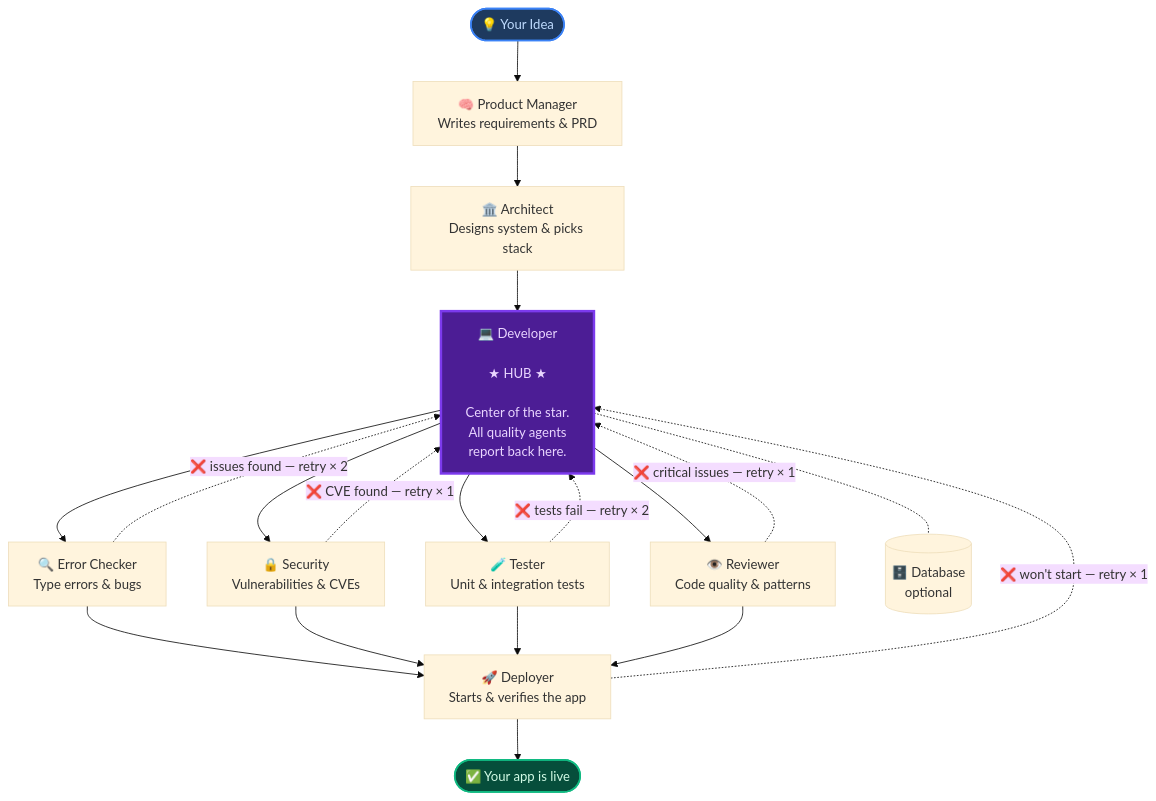
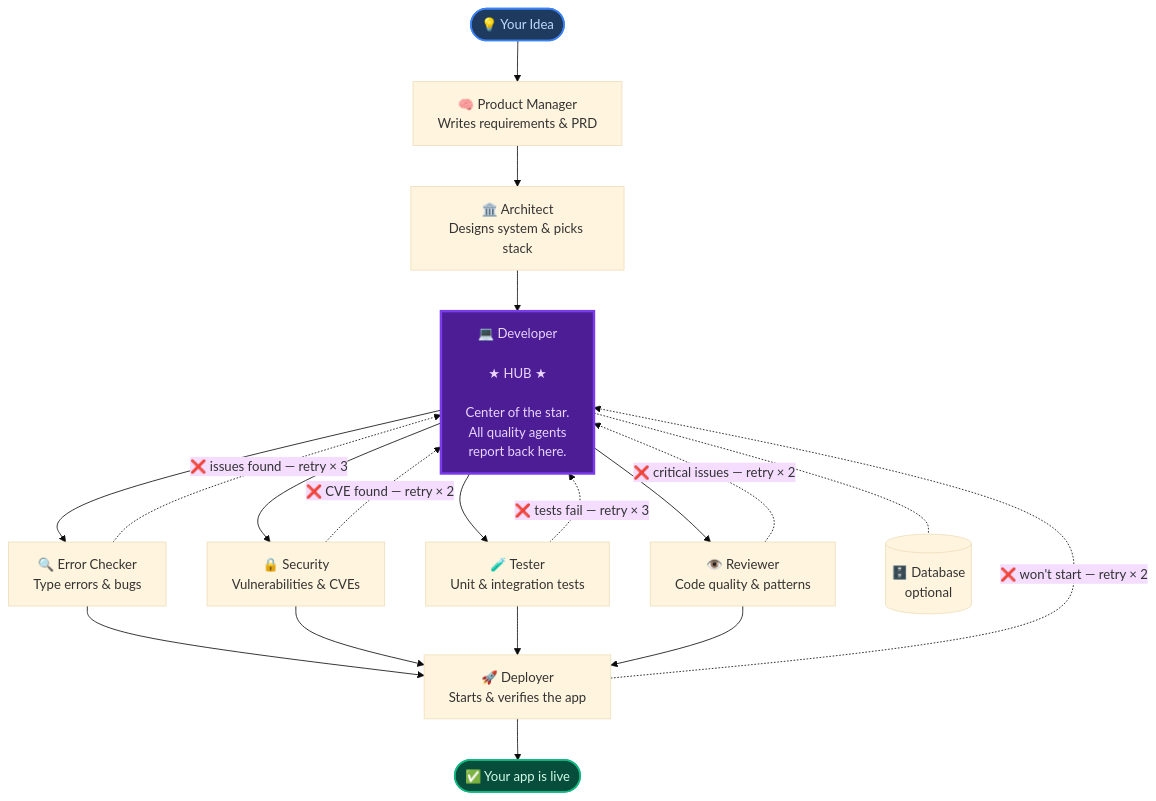
One commit to miguel2862/orchestra-ai changed the diagram in README.md. Above: the diagram before and after it, drawn with Mermaid (base theme). The commit also changed other lines of this file and 3 other files, not shown here.

````diff
--- a/README.md
+++ b/README.md
@@ -44,43 +44,43 @@
 ```mermaid
 flowchart TD
     IDEA(["💡 Your Idea"])
 
     IDEA --> PM
 
     PM["🧠 Product Manager\nWrites requirements & PRD"]
     PM --> ARCH
 
     ARCH["🏛️ Architect\nDesigns system & picks stack"]
     ARCH --> DEV
 
     DEV["💻 Developer\n\n  ★  HUB  ★\n\nCenter of the star.\nAll quality agents\nreport back here."]
 
     DEV --> EC
     DEV --> SEC
     DEV --> TEST
     DEV --> REV
     DEV -.- DB[("🗄️ Database\noptional")]
 
     EC["🔍 Error Checker\nType errors & bugs"]
     SEC["🔒 Security\nVulnerabilities & CVEs"]
     TEST["🧪 Tester\nUnit & integration tests"]
     REV["👁️ Reviewer\nCode quality & patterns"]
 
-    EC -.->|"❌ issues found — retry × 2"| DEV
-    SEC -.->|"❌ CVE found — retry × 1"| DEV
-    TEST -.->|"❌ tests fail — retry × 2"| DEV
-    REV -.->|"❌ critical issues — retry × 1"| DEV
+    EC -.->|"❌ issues found — retry × 3"| DEV
+    SEC -.->|"❌ CVE found — retry × 2"| DEV
+    TEST -.->|"❌ tests fail — retry × 3"| DEV
+    REV -.->|"❌ critical issues — retry × 2"| DEV
 
     EC --> DEPLOY
     SEC --> DEPLOY
     TEST --> DEPLOY
     REV --> DEPLOY
 
     DEPLOY["🚀 Deployer\nStarts & verifies the app"]
-    DEPLOY -.->|"❌ won't start — retry × 1"| DEV
+    DEPLOY -.->|"❌ won't start — retry × 2"| DEV
     DEPLOY --> DONE(["✅ Your app is live"])
 
     style DEV fill:#4c1d95,color:#e9d5ff,stroke:#7c3aed,stroke-width:3px
     style DONE fill:#064e3b,color:#d1fae5,stroke:#10b981,stroke-width:2px
     style IDEA fill:#1e3a5f,color:#bfdbfe,stroke:#3b82f6,stroke-width:2px
 ```
````
